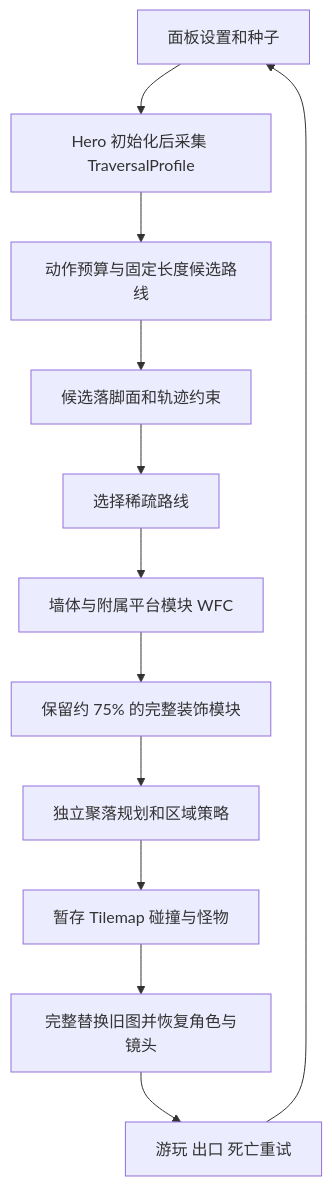
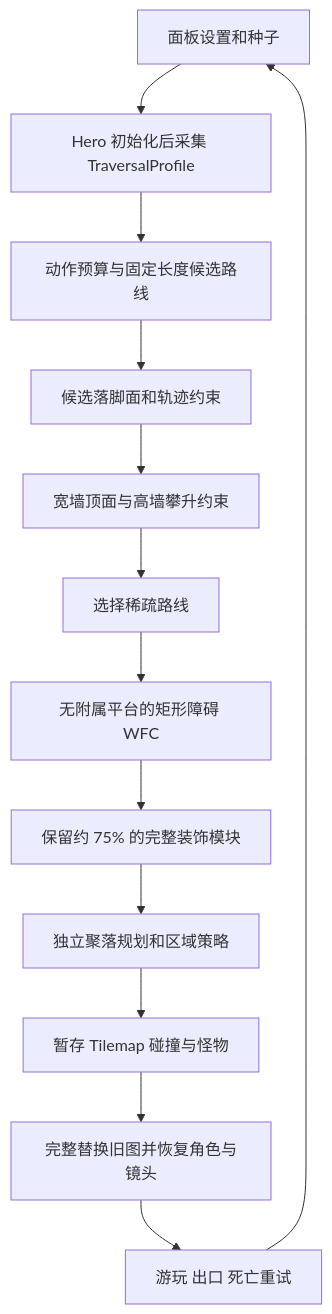
The diagram in HANDOFF.md (wohooooo23/AThousandBattlesLater), drawn with Mermaid before and after one commit. The commit also changed other lines of this file and 98 other files, not shown here.

````diff
--- a/HANDOFF.md
+++ b/HANDOFF.md
@@ -96,14 +124,15 @@
 ```mermaid
 flowchart TD
     A[面板设置和种子] --> B[Hero 初始化后采集 TraversalProfile]
     B --> C[动作预算与固定长度候选路线]
     C --> D[候选落脚面和轨迹约束]
-    D --> E[选择稀疏路线]
-    E --> F[墙体与附属平台模块 WFC]
+    D --> W[宽墙顶面与高墙攀升约束]
+    W --> E[选择稀疏路线]
+    E --> F[无附属平台的矩形障碍 WFC]
     F --> G[保留约 75% 的完整装饰模块]
     G --> H[独立聚落规划和区域策略]
     H --> I[暂存 Tilemap 碰撞与怪物]
     I --> J[完整替换旧图并恢复角色与镜头]
     J --> K[游玩 出口 死亡重试]
     K --> A
 ```
````
